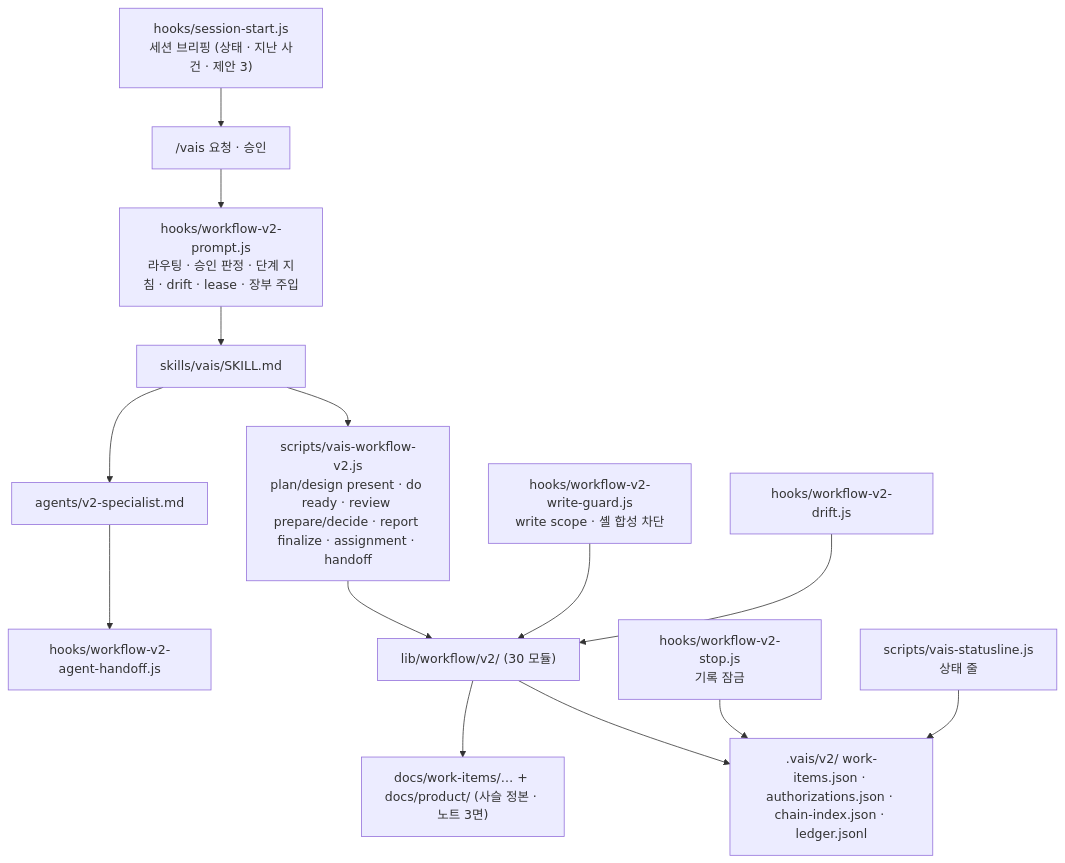
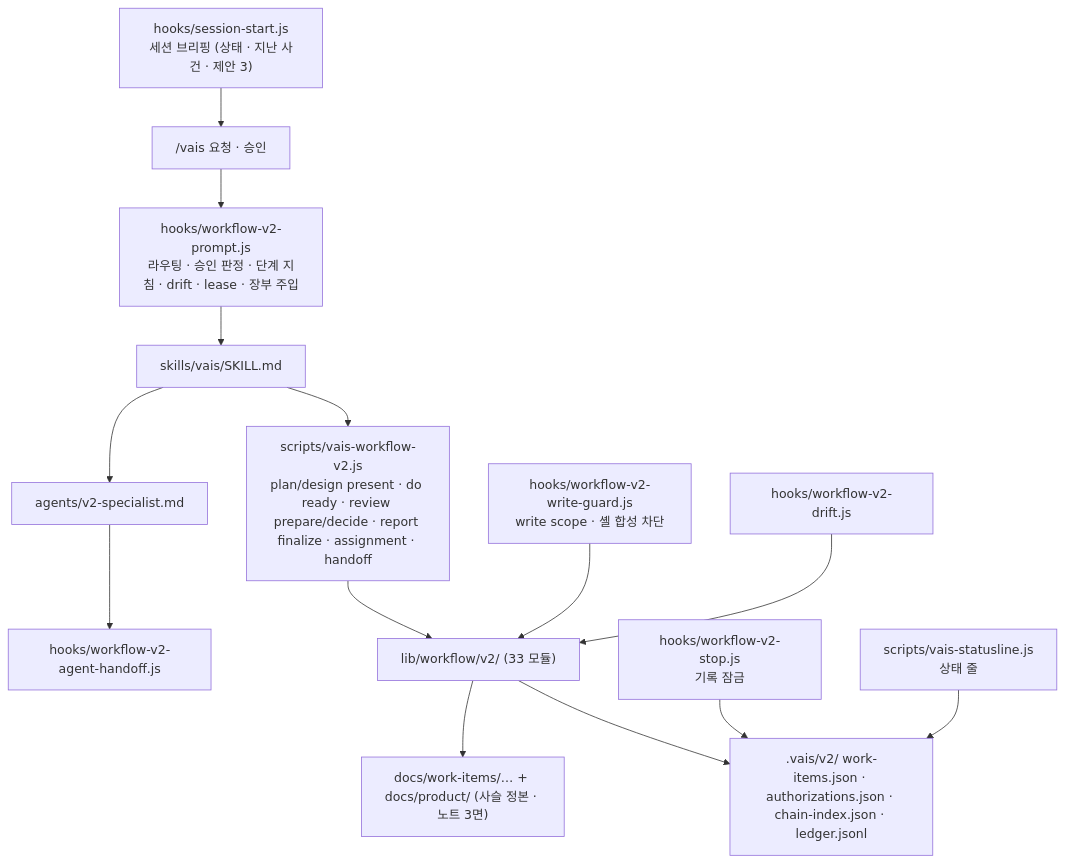
Before and after one commit to ghlee3401/vais-claude-code: the diagram in ONBOARDING.md, drawn with Mermaid. The commit also changed other lines of this file and 78 other files, not shown here.

````diff
--- a/ONBOARDING.md
+++ b/ONBOARDING.md
@@ -29,16 +30,16 @@
 ```mermaid
 flowchart TB
     START["hooks/session-start.js<br/>세션 브리핑 (상태 · 지난 사건 · 제안 3)"] --> USER
     USER["/vais 요청 · 승인"] --> PROMPT["hooks/workflow-v2-prompt.js<br/>라우팅 · 승인 판정 · 단계 지침 · drift · lease · 장부 주입"]
     PROMPT --> SKILL["skills/vais/SKILL.md"]
     SKILL --> CLI["scripts/vais-workflow-v2.js<br/>plan/design present · do ready · review prepare/decide · report finalize · assignment · handoff"]
-    CLI --> LIB["lib/workflow/v2/ (30 모듈)"]
+    CLI --> LIB["lib/workflow/v2/ (33 모듈)"]
     LIB --> STATE[".vais/v2/ work-items.json · authorizations.json · chain-index.json · ledger.jsonl"]
     LIB --> DOCS["docs/work-items/… + docs/product/ (사슬 정본 · 노트 3면)"]
     SKILL --> AGENT["agents/v2-specialist.md"]
     AGENT --> HANDOFF["hooks/workflow-v2-agent-handoff.js"]
     GUARD["hooks/workflow-v2-write-guard.js<br/>write scope · 셸 합성 차단"] --> LIB
     DRIFT["hooks/workflow-v2-drift.js"] --> LIB
     STOP["hooks/workflow-v2-stop.js<br/>기록 잠금"] --> STATE
     STATUS["scripts/vais-statusline.js<br/>상태 줄"] --> STATE
 ```
````
